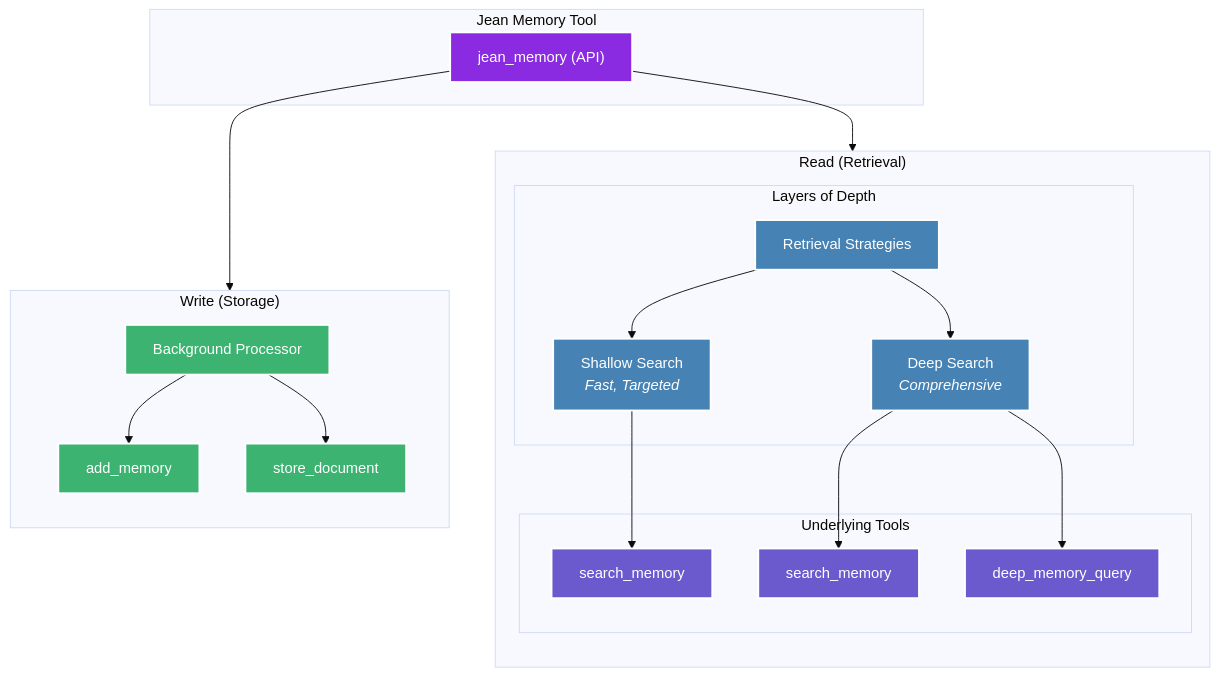
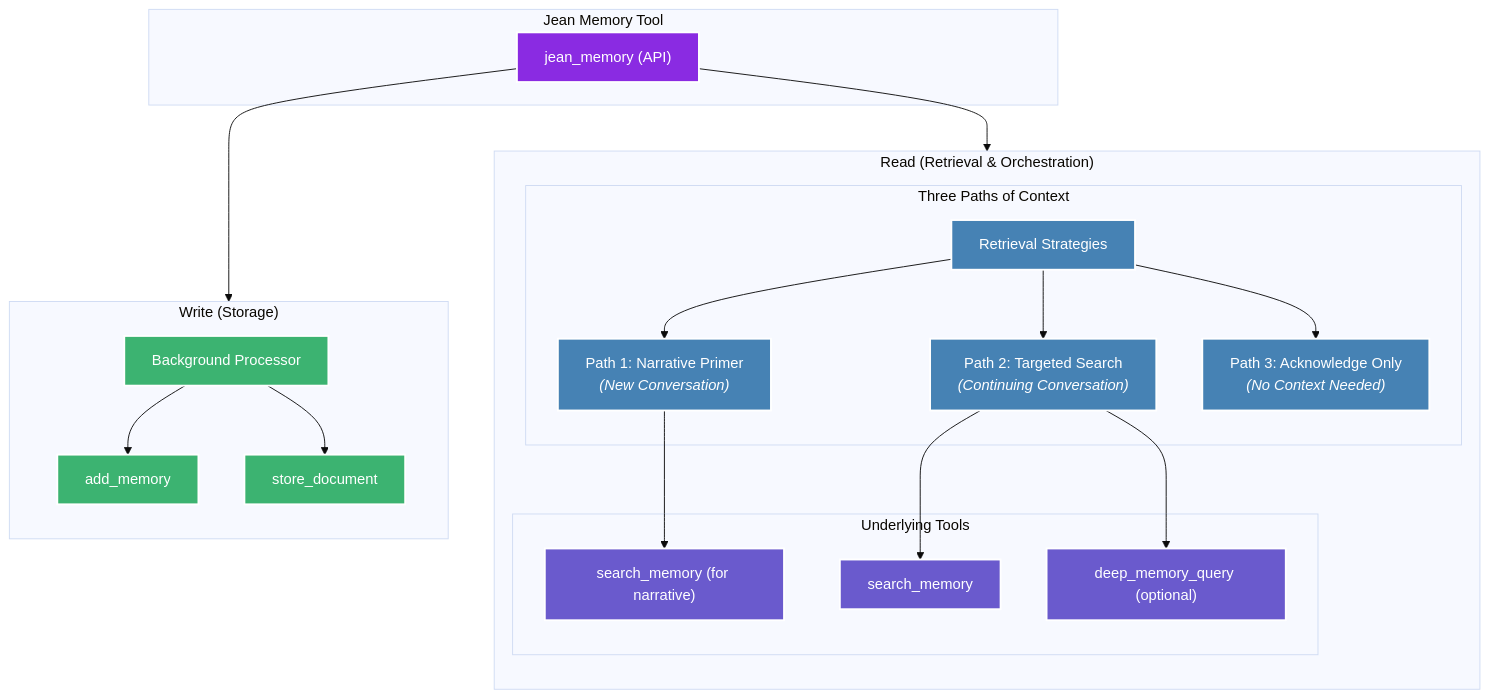
The first of 4 diagrams in openmemory/ui/docs-mintlify/context-engineering.mdx (jean-technologies/jean-memory), drawn with Mermaid (base theme) before and after one commit. The commit also changed other lines of this file and 33 other files, not shown here.

Commit message:
push these very many changes that improve the SDK testing mechanisms and the graph for CE.

````diff
--- a/openmemory/ui/docs-mintlify/context-engineering.mdx
+++ b/openmemory/ui/docs-mintlify/context-engineering.mdx
@@ -24,39 +24,40 @@
 ```mermaid
 graph TD;
     subgraph "Jean Memory Tool"
         jean_memory["jean_memory (API)"]
     end
 
-    subgraph "Read (Retrieval)"
+    subgraph "Read (Retrieval & Orchestration)"
         direction TB
         jean_memory --> retrieval_strategies["Retrieval Strategies"];
         
-        subgraph "Layers of Depth"
-            retrieval_strategies --> shallow["Shallow Search<br/><i>Fast, Targeted</i>"];
-            retrieval_strategies --> deep["Deep Search<br/><i>Comprehensive</i>"];
+        subgraph "Three Paths of Context"
+            retrieval_strategies --> primer["Path 1: Narrative Primer<br/><i>(New Conversation)</i>"];
+            retrieval_strategies --> targeted["Path 2: Targeted Search<br/><i>(Continuing Conversation)</i>"];
+            retrieval_strategies --> acknowledge["Path 3: Acknowledge Only<br/><i>(No Context Needed)</i>"];
         end
 
         subgraph "Underlying Tools"
-            shallow --> search_memory_shallow["search_memory"];
-            deep --> search_memory_deep["search_memory"];
-            deep --> deep_memory_query["deep_memory_query"];
+            primer --> search_memory_primer["search_memory (for narrative)"];
+            targeted --> search_memory_targeted["search_memory"];
+            targeted --> deep_memory_query["deep_memory_query (optional)"];
         end
     end
 
     subgraph "Write (Storage)"
         direction TB
         jean_memory --> write_processor["Background Processor"];
         write_processor --> add_memory["add_memory"];
         write_processor --> store_document["store_document"];
     end
 
     classDef api fill:#8A2BE2,stroke:#FFF,stroke-width:2px,color:#FFF;
     classDef read fill:#4682B4,stroke:#FFF,stroke-width:2px,color:#FFF;
     classDef write fill:#3CB371,stroke:#FFF,stroke-width:2px,color:#FFF;
     classDef tools fill:#6A5ACD,stroke:#FFF,stroke-width:2px,color:#FFF;
 
     class jean_memory api;
-    class retrieval_strategies,shallow,deep read;
+    class retrieval_strategies,primer,targeted,acknowledge read;
     class write_processor,add_memory,store_document write;
-    class search_memory_shallow,search_memory_deep,deep_memory_query tools;
+    class search_memory_primer,search_memory_targeted,deep_memory_query tools;
 ```
````
